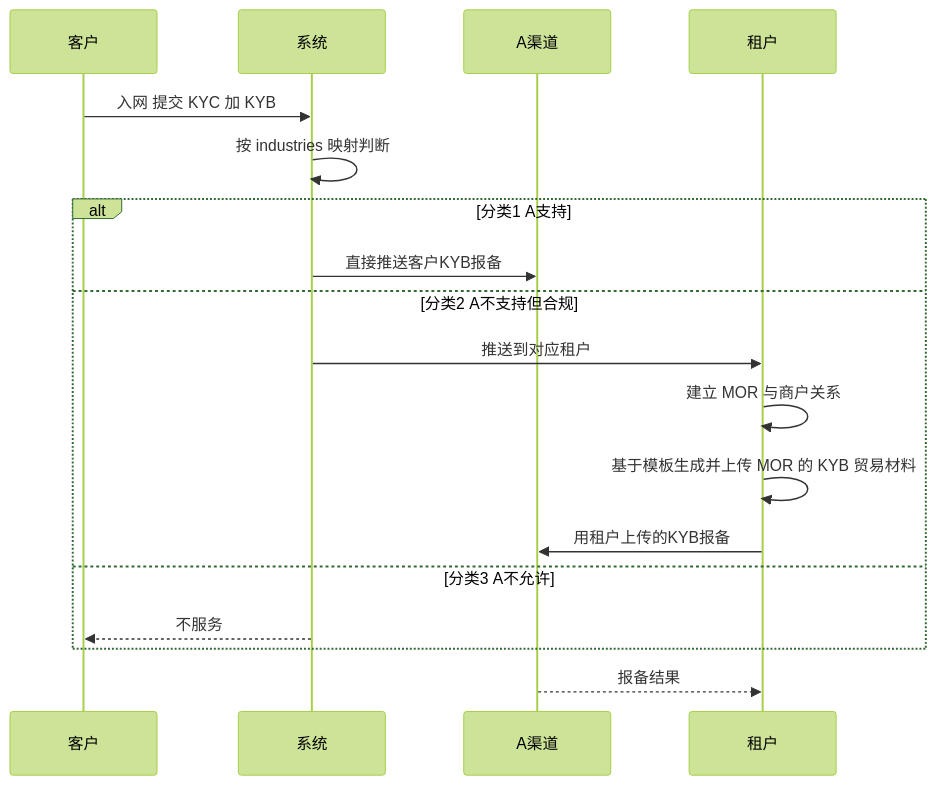
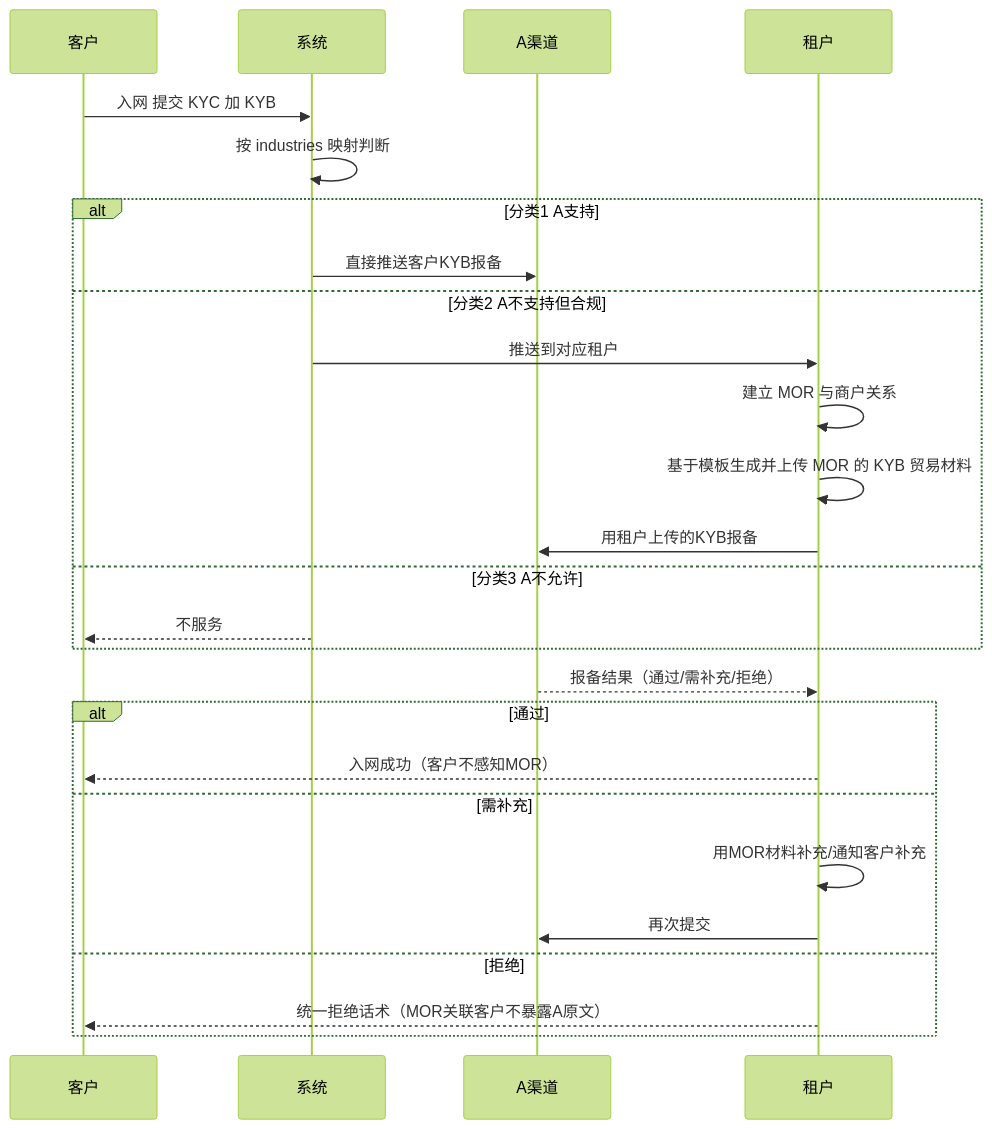
One commit to xiaoxiaoangie/EX-NEW changed the third of 7 diagrams in MORSolutions/解决方案/MOR模式-受控租户方案.md. Above: the diagram before and after it, drawn with Mermaid (forest theme). The commit also changed other lines of this file and 7 other files, not shown here.

````diff
--- a/MORSolutions/解决方案/MOR模式-受控租户方案.md
+++ b/MORSolutions/解决方案/MOR模式-受控租户方案.md
@@ -102,20 +102,28 @@
 ```mermaid
 sequenceDiagram
     participant C as 客户
     participant SYS as 系统
     participant A as A渠道
     participant TEN as 租户
     C->>SYS: 入网 提交 KYC 加 KYB
     SYS->>SYS: 按 industries 映射判断
     alt 分类1 A支持
         SYS->>A: 直接推送客户KYB报备
     else 分类2 A不支持但合规
         SYS->>TEN: 推送到对应租户
         TEN->>TEN: 建立 MOR 与商户关系
         TEN->>TEN: 基于模板生成并上传 MOR 的 KYB 贸易材料
         TEN->>A: 用租户上传的KYB报备
     else 分类3 A不允许
         SYS-->>C: 不服务
     end
-    A-->>TEN: 报备结果
+    A-->>TEN: 报备结果（通过/需补充/拒绝）
+    alt 通过
+        TEN-->>C: 入网成功（客户不感知MOR）
+    else 需补充
+        TEN->>TEN: 用MOR材料补充/通知客户补充
+        TEN->>A: 再次提交
+    else 拒绝
+        TEN-->>C: 统一拒绝话术（MOR关联客户不暴露A原文）
+    end
 ```
````
